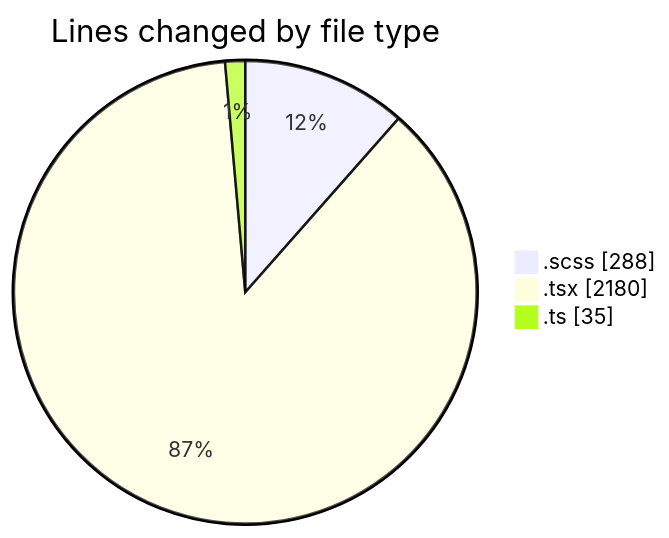
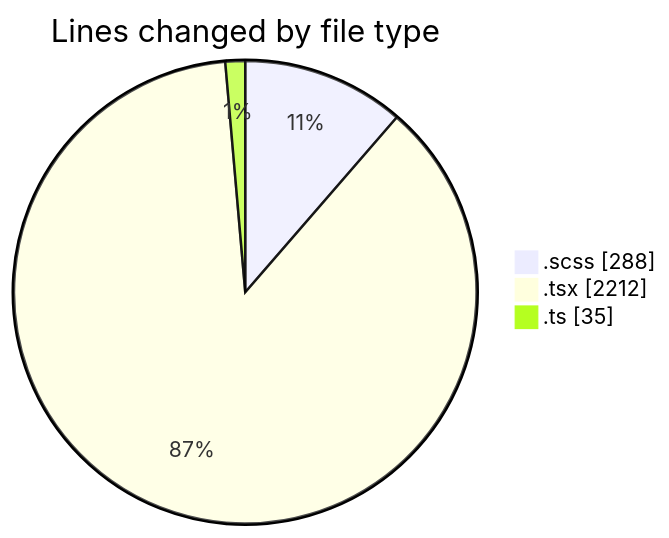
The first of 2 diagrams in 2025-02-10/cda/README.md (momahboobian/code-tracking), drawn with Mermaid before and after one commit. The commit also changed other lines of this file and 1 other file, not shown here.

````diff
--- a/2025-02-10/cda/README.md
+++ b/2025-02-10/cda/README.md
@@ -25,7 +25,7 @@
 ```mermaid
 pie showData
 title Lines changed by file type
 ".scss" : 288
-".tsx" : 2180
+".tsx" : 2212
 ".ts" : 35
 ```
````
